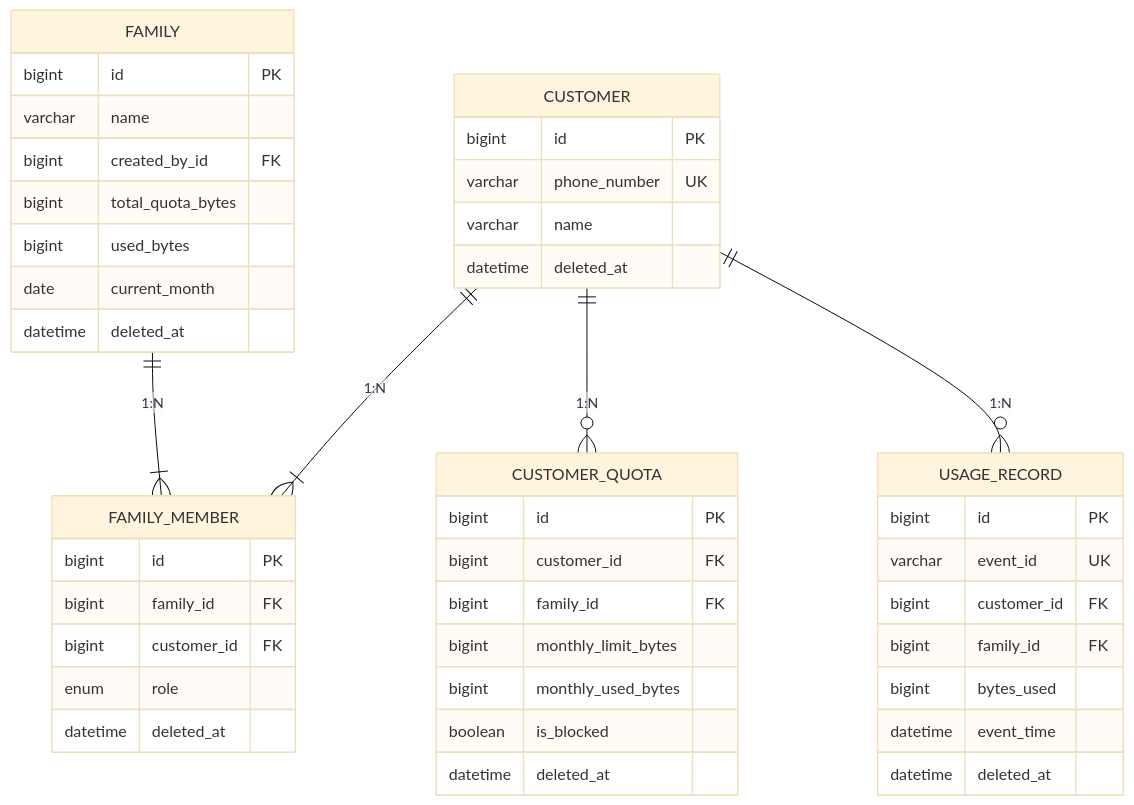
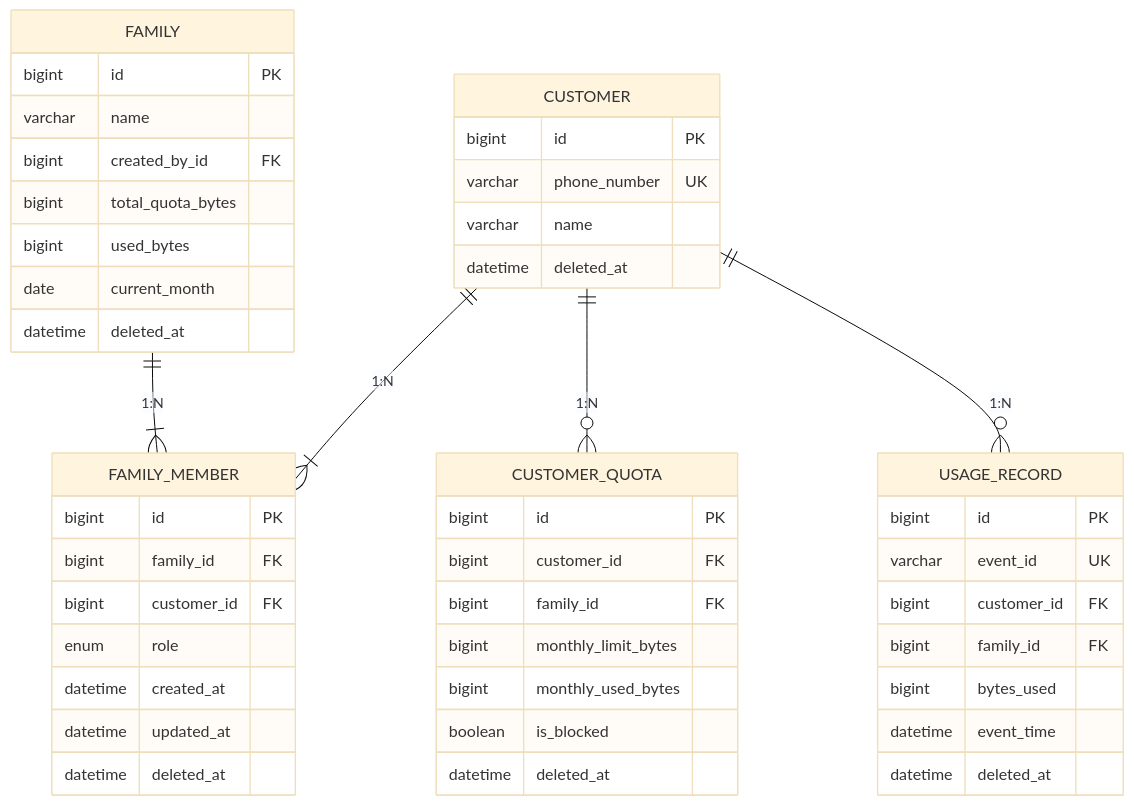
One commit to da-bom/lib-schema changed the second of 6 diagrams in docs/ERD.md. Above: the diagram before and after it, drawn with Mermaid (base theme). The commit also changed other lines of this file and 3 other files, not shown here.

````diff
--- a/docs/ERD.md
+++ b/docs/ERD.md
@@ -196,52 +390,54 @@
 ```mermaid
 erDiagram
     CUSTOMER ||--|{ FAMILY_MEMBER : "1:N"
     FAMILY ||--|{ FAMILY_MEMBER : "1:N"
     CUSTOMER ||--o{ CUSTOMER_QUOTA : "1:N"
     CUSTOMER ||--o{ USAGE_RECORD : "1:N"
 
     CUSTOMER {
         bigint id PK
         varchar phone_number UK
         varchar name
         datetime deleted_at
     }
 
     FAMILY {
         bigint id PK
         varchar name
         bigint created_by_id FK
         bigint total_quota_bytes
         bigint used_bytes
         date current_month
         datetime deleted_at
     }
 
     FAMILY_MEMBER {
         bigint id PK
         bigint family_id FK
         bigint customer_id FK
         enum role
+        datetime created_at
+        datetime updated_at
         datetime deleted_at
     }
 
     CUSTOMER_QUOTA {
         bigint id PK
         bigint customer_id FK
         bigint family_id FK
         bigint monthly_limit_bytes
         bigint monthly_used_bytes
         boolean is_blocked
         datetime deleted_at
     }
 
     USAGE_RECORD {
         bigint id PK
         varchar event_id UK
         bigint customer_id FK
         bigint family_id FK
         bigint bytes_used
         datetime event_time
         datetime deleted_at
     }
 ```
````
